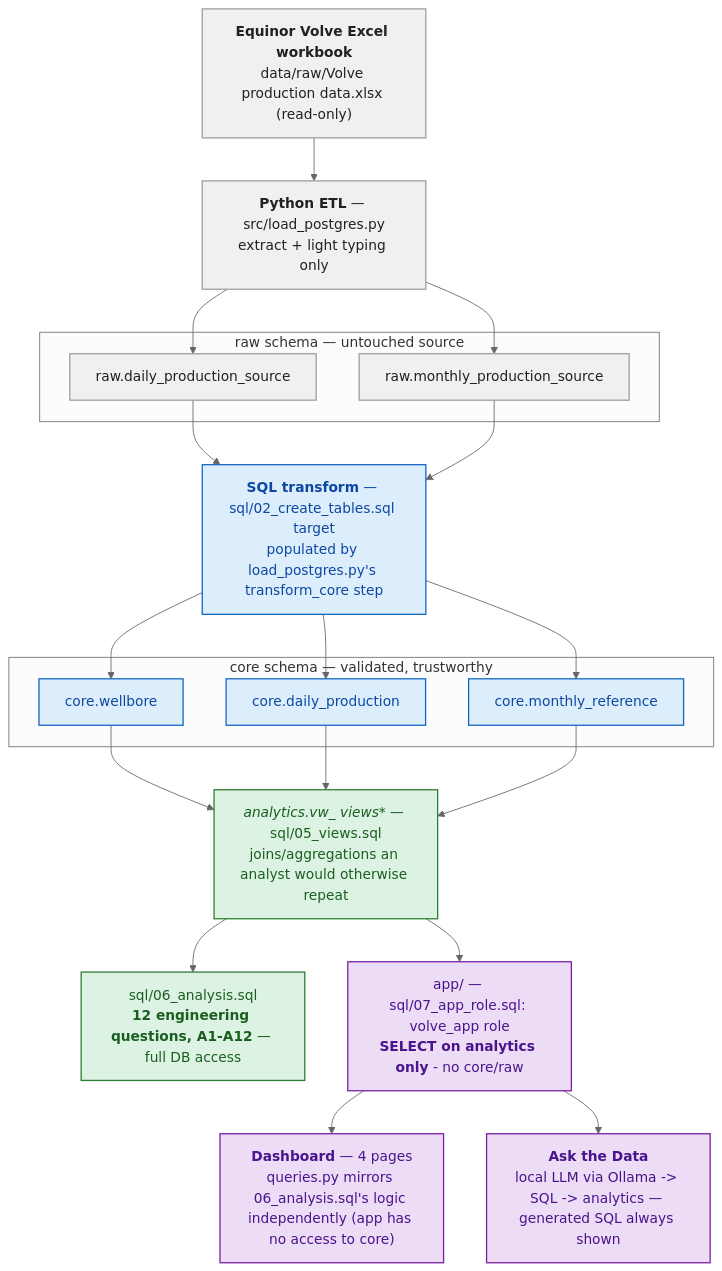
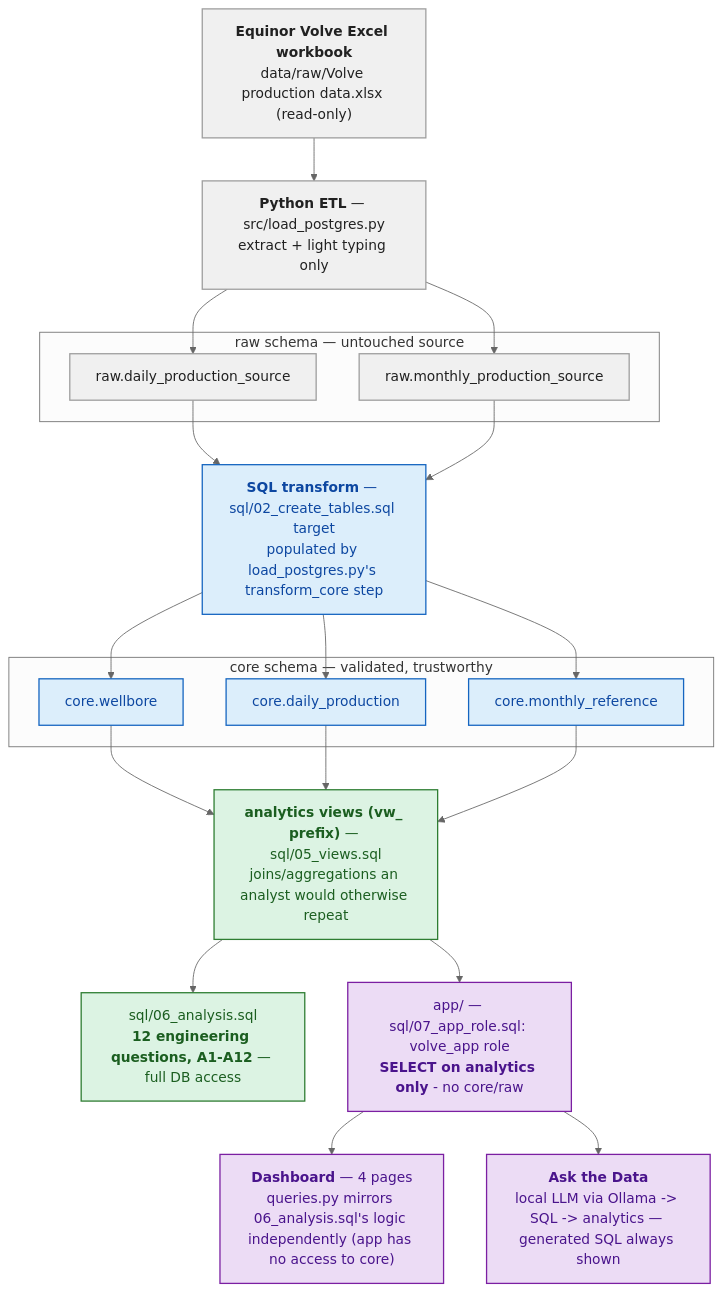
Before and after one commit to djimrastephane/Volve_SQL: the diagram in README.md, drawn with Mermaid (neutral theme).

Commit message:
Fix architecture diagram: literal asterisk breaking Mermaid markdown-string bold
analytics.vw_* views inside a **bold** span put three asterisks in one
label (** ... * ... **), which the Mermaid/markdown-it parser
mismatched, corrupting the rendered text into "analytics.vw_ views*"
in italics. Reworded to "analytics views (vw_ prefix)" - same meaning,
no literal asterisk to conflict with the bold markers.

````diff
--- a/README.md
+++ b/README.md
@@ -143,59 +143,59 @@
 ```mermaid
 flowchart TD
     A["`**Equinor Volve Excel workbook**
 data/raw/Volve production data.xlsx (read-only)`"]
     B["`**Python ETL** — src/load_postgres.py
 extract + light typing only`"]
     A --> B
 
     subgraph RAW["raw schema — untouched source"]
         C1["raw.daily_production_source"]
         C2["raw.monthly_production_source"]
     end
     B --> C1
     B --> C2
 
     D["`**SQL transform** — sql/02_create_tables.sql target
 populated by load_postgres.py's transform_core step`"]
     C1 --> D
     C2 --> D
 
     subgraph CORE["core schema — validated, trustworthy"]
         E1["core.wellbore"]
         E2["core.daily_production"]
         E3["core.monthly_reference"]
     end
     D --> E1
     D --> E2
     D --> E3
 
-    F["`**analytics.vw_* views** — sql/05_views.sql
+    F["`**analytics views (vw_ prefix)** — sql/05_views.sql
 joins/aggregations an analyst would otherwise repeat`"]
     E1 --> F
     E2 --> F
     E3 --> F
 
     G["`sql/06_analysis.sql
 **12 engineering questions, A1-A12** — full DB access`"]
     H["`app/ — sql/07_app_role.sql: volve_app role
 **SELECT on analytics only** - no core/raw`"]
     F --> G
     F --> H
 
     I["`**Dashboard** — 4 pages
 queries.py mirrors 06_analysis.sql's logic independently (app has no access to core)`"]
     J["`**Ask the Data**
 local LLM via Ollama -> SQL -> analytics — generated SQL always shown`"]
     H --> I
     H --> J
 
     classDef rawStyle fill:#f0f0f0,stroke:#9e9e9e,color:#212121,stroke-width:1.5px
     classDef coreStyle fill:#dceefb,stroke:#1565c0,color:#0d47a1,stroke-width:1.5px
     classDef analyticsStyle fill:#dcf3e3,stroke:#2e7d32,color:#1b5e20,stroke-width:1.5px
     classDef appStyle fill:#ecdcf5,stroke:#7b1fa2,color:#4a148c,stroke-width:1.5px
 
     class A,B,C1,C2 rawStyle
     class D,E1,E2,E3 coreStyle
     class F,G analyticsStyle
     class H,I,J appStyle
 ```
````
